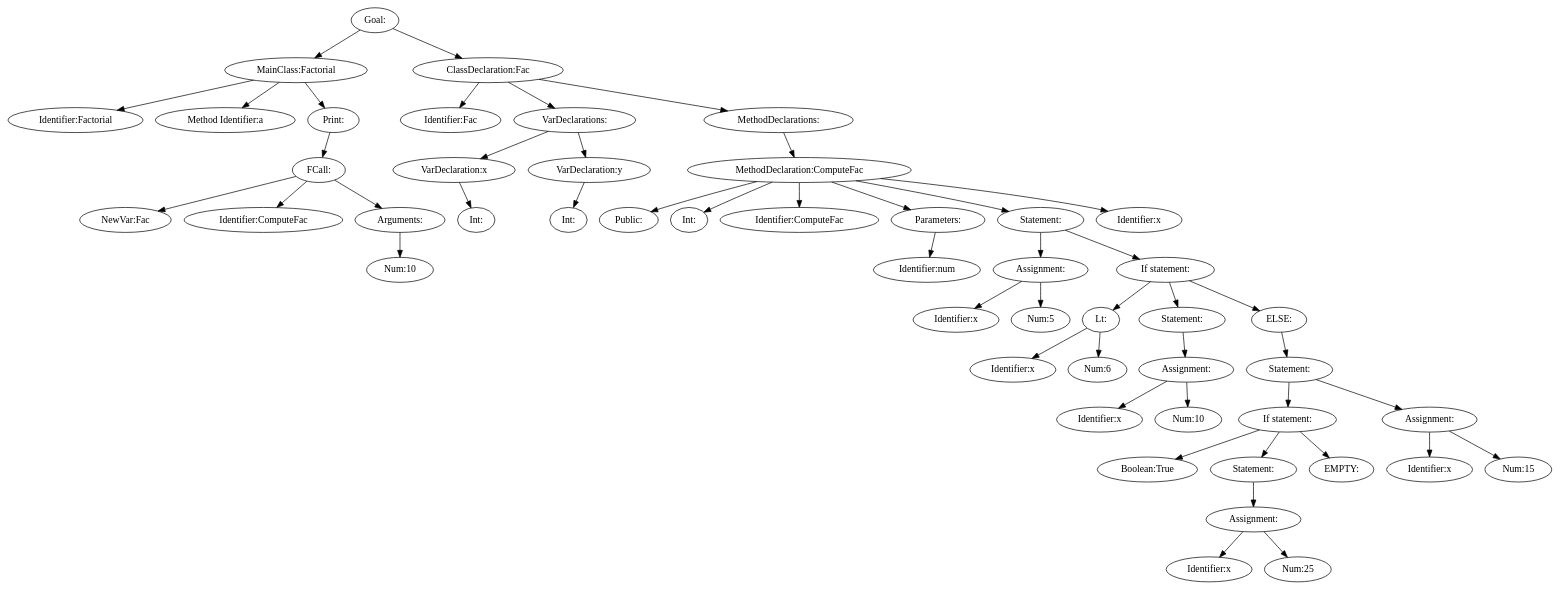
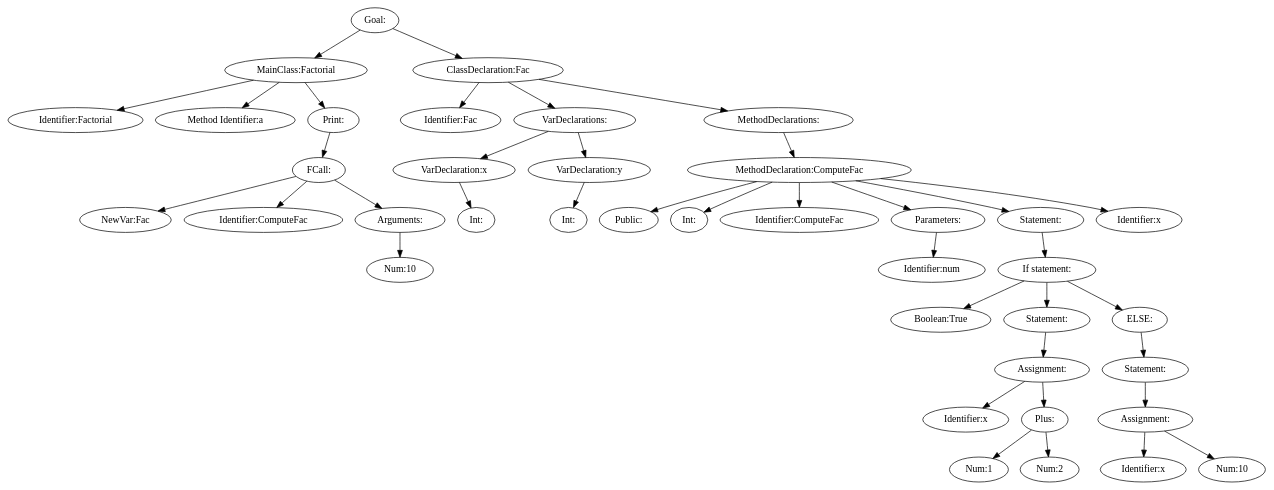
One commit to JakobAdamsson/Compiler-and-translation-technique changed the diagram in assignment3/assignment/tree.dot. Above: the diagram before and after it, drawn with Graphviz. The commit also changed 12 other files, not shown here.

```diff
--- a/assignment3/assignment/tree.dot
+++ b/assignment3/assignment/tree.dot
@@ -1,99 +1,79 @@
 digraph {
 n0 [label="Goal:"];
 n1 [label="MainClass:Factorial"];
 n2 [label="Identifier:Factorial"];
 n1 -> n2
 n3 [label="Method Identifier:a"];
 n1 -> n3
 n4 [label="Print:"];
 n5 [label="FCall:"];
 n6 [label="NewVar:Fac"];
 n5 -> n6
 n7 [label="Identifier:ComputeFac"];
 n5 -> n7
 n8 [label="Arguments:"];
 n9 [label="Num:10"];
 n8 -> n9
 n5 -> n8
 n4 -> n5
 n1 -> n4
 n0 -> n1
 n10 [label="ClassDeclaration:Fac"];
 n11 [label="Identifier:Fac"];
 n10 -> n11
 n12 [label="VarDeclarations:"];
 n13 [label="VarDeclaration:x"];
 n14 [label="Int:"];
 n13 -> n14
 n12 -> n13
 n15 [label="VarDeclaration:y"];
 n16 [label="Int:"];
 n15 -> n16
 n12 -> n15
 n10 -> n12
 n17 [label="MethodDeclarations:"];
 n18 [label="MethodDeclaration:ComputeFac"];
 n19 [label="Public:"];
 n18 -> n19
 n20 [label="Int:"];
 n18 -> n20
 n21 [label="Identifier:ComputeFac"];
 n18 -> n21
 n22 [label="Parameters:"];
 n23 [label="Identifier:num"];
 n22 -> n23
 n18 -> n22
 n24 [label="Statement:"];
-n25 [label="Assignment:"];
-n26 [label="Identifier:x"];
+n25 [label="If statement:"];
+n26 [label="Boolean:True"];
 n25 -> n26
-n27 [label="Num:5"];
+n27 [label="Statement:"];
+n28 [label="Assignment:"];
+n29 [label="Identifier:x"];
+n28 -> n29
+n30 [label="Plus:"];
+n31 [label="Num:1"];
+n30 -> n31
+n32 [label="Num:2"];
+n30 -> n32
+n28 -> n30
+n27 -> n28
 n25 -> n27
+n33 [label="ELSE:"];
+n34 [label="Statement:"];
+n35 [label="Assignment:"];
+n36 [label="Identifier:x"];
+n35 -> n36
+n37 [label="Num:10"];
+n35 -> n37
+n34 -> n35
+n33 -> n34
+n25 -> n33
 n24 -> n25
-n28 [label="If statement:"];
-n29 [label="Lt:"];
-n30 [label="Identifier:x"];
-n29 -> n30
-n31 [label="Num:6"];
-n29 -> n31
-n28 -> n29
-n32 [label="Statement:"];
-n33 [label="Assignment:"];
-n34 [label="Identifier:x"];
-n33 -> n34
-n35 [label="Num:10"];
-n33 -> n35
-n32 -> n33
-n28 -> n32
-n36 [label="ELSE:"];
-n37 [label="Statement:"];
-n38 [label="If statement:"];
-n39 [label="Boolean:True"];
-n38 -> n39
-n40 [label="Statement:"];
-n41 [label="Assignment:"];
-n42 [label="Identifier:x"];
-n41 -> n42
-n43 [label="Num:25"];
-n41 -> n43
-n40 -> n41
-n38 -> n40
-n44 [label="EMPTY:"];
-n38 -> n44
-n37 -> n38
-n45 [label="Assignment:"];
-n46 [label="Identifier:x"];
-n45 -> n46
-n47 [label="Num:15"];
-n45 -> n47
-n37 -> n45
-n36 -> n37
-n28 -> n36
-n24 -> n28
 n18 -> n24
-n48 [label="Identifier:x"];
-n18 -> n48
+n38 [label="Identifier:x"];
+n18 -> n38
 n17 -> n18
 n10 -> n17
 n0 -> n10
 }
```
